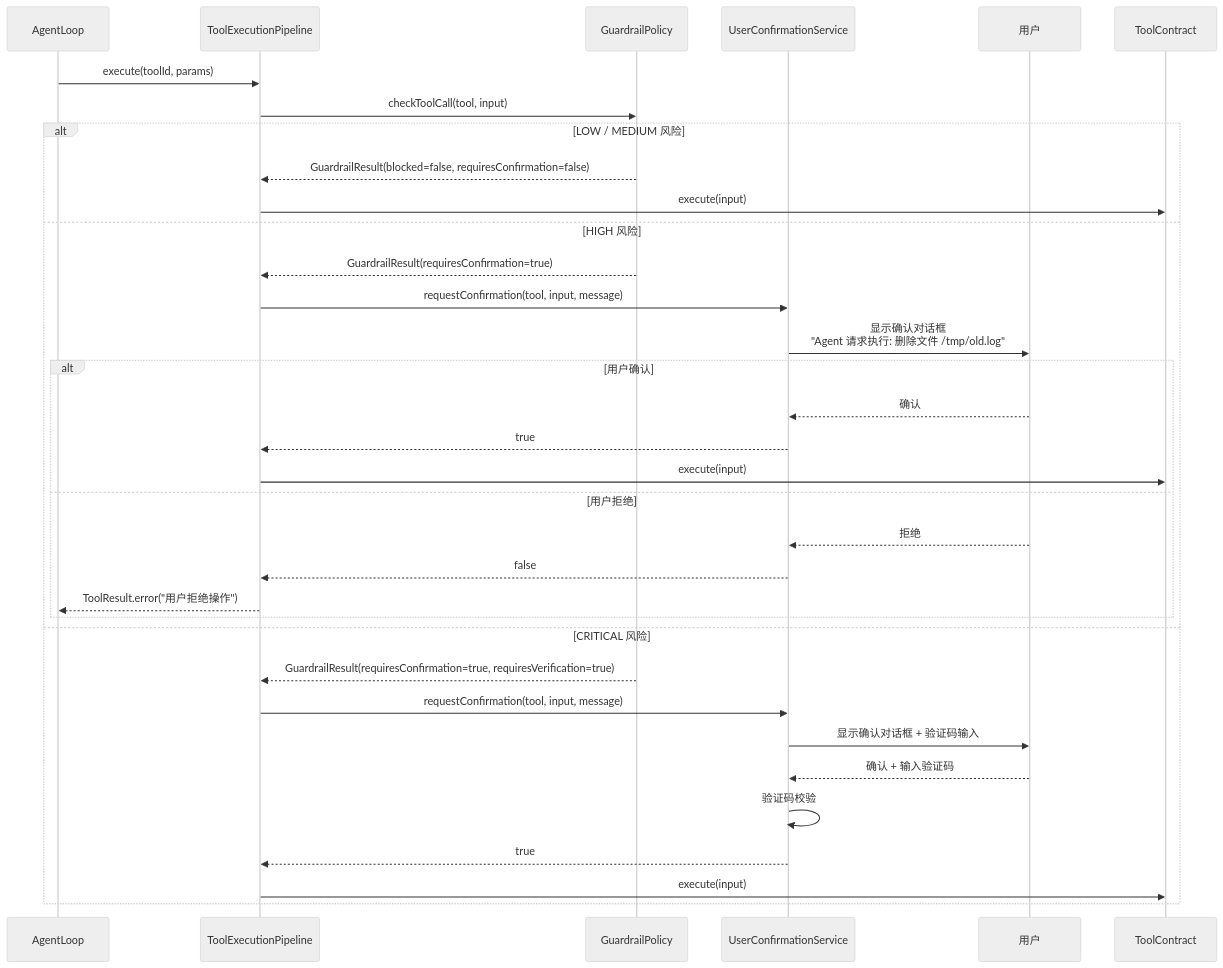
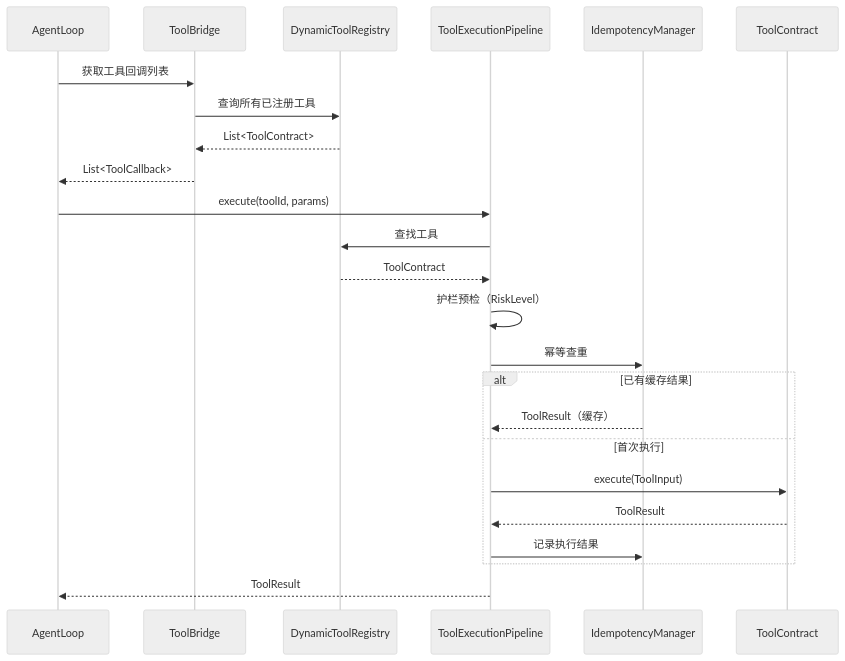
The second of 2 diagrams in docs/architecture/tool-ecosystem.md (ntygod/LifePilot), drawn with Mermaid (neutral theme) before and after one commit. The commit also changed other lines of this file and 1 other file, not shown here.

Commit message:
docs(tool): 重写 tool-ecosystem 架构文档和特性文档

````diff
--- a/docs/architecture/tool-ecosystem.md
+++ b/docs/architecture/tool-ecosystem.md
@@ -5254,38 +87,27 @@
 ```mermaid
 sequenceDiagram
-    participant Agent as AgentLoop
-    participant Pipeline as ToolExecutionPipeline
-    participant Guard as GuardrailPolicy
-    participant UI as UserConfirmationService
-    participant User as 用户
-    participant Tool as ToolContract
+    participant A as AgentLoop
+    participant B as ToolBridge
+    participant R as DynamicToolRegistry
+    participant P as ToolExecutionPipeline
+    participant I as IdempotencyManager
+    participant T as ToolContract
 
-    Agent->>Pipeline: execute(toolId, params)
-    Pipeline->>Guard: checkToolCall(tool, input)
-
-    alt LOW / MEDIUM 风险
-        Guard-->>Pipeline: GuardrailResult(blocked=false, requiresConfirmation=false)
-        Pipeline->>Tool: execute(input)
-    else HIGH 风险
-        Guard-->>Pipeline: GuardrailResult(requiresConfirmation=true)
-        Pipeline->>UI: requestConfirmation(tool, input, message)
-        UI->>User: 显示确认对话框<br/>"Agent 请求执行: 删除文件 /tmp/old.log"
-        alt 用户确认
-            User-->>UI: 确认
-            UI-->>Pipeline: true
-            Pipeline->>Tool: execute(input)
-        else 用户拒绝
-            User-->>UI: 拒绝
-            UI-->>Pipeline: false
-            Pipeline-->>Agent: ToolResult.error("用户拒绝操作")
-        end
-    else CRITICAL 风险
-        Guard-->>Pipeline: GuardrailResult(requiresConfirmation=true, requiresVerification=true)
-        Pipeline->>UI: requestConfirmation(tool, input, message)
-        UI->>User: 显示确认对话框 + 验证码输入
-        User-->>UI: 确认 + 输入验证码
-        UI->>UI: 验证码校验
-        UI-->>Pipeline: true
-        Pipeline->>Tool: execute(input)
+    A->>B: 获取工具回调列表
+    B->>R: 查询所有已注册工具
+    R-->>B: List<ToolContract>
+    B-->>A: List<ToolCallback>
+    A->>P: execute(toolId, params)
+    P->>R: 查找工具
+    R-->>P: ToolContract
+    P->>P: 护栏预检（RiskLevel）
+    P->>I: 幂等查重
+    alt 已有缓存结果
+        I-->>P: ToolResult（缓存）
+    else 首次执行
+        P->>T: execute(ToolInput)
+        T-->>P: ToolResult
+        P->>I: 记录执行结果
     end
+    P-->>A: ToolResult
 ```
````
